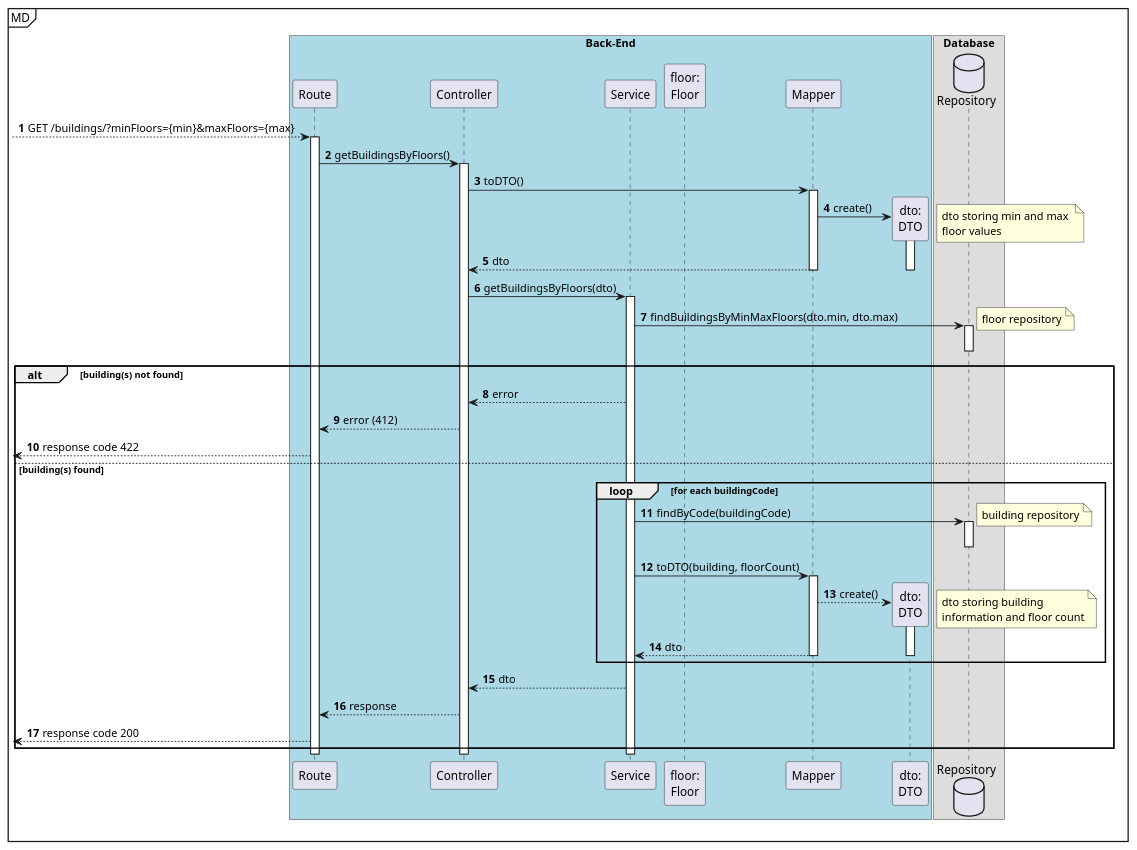
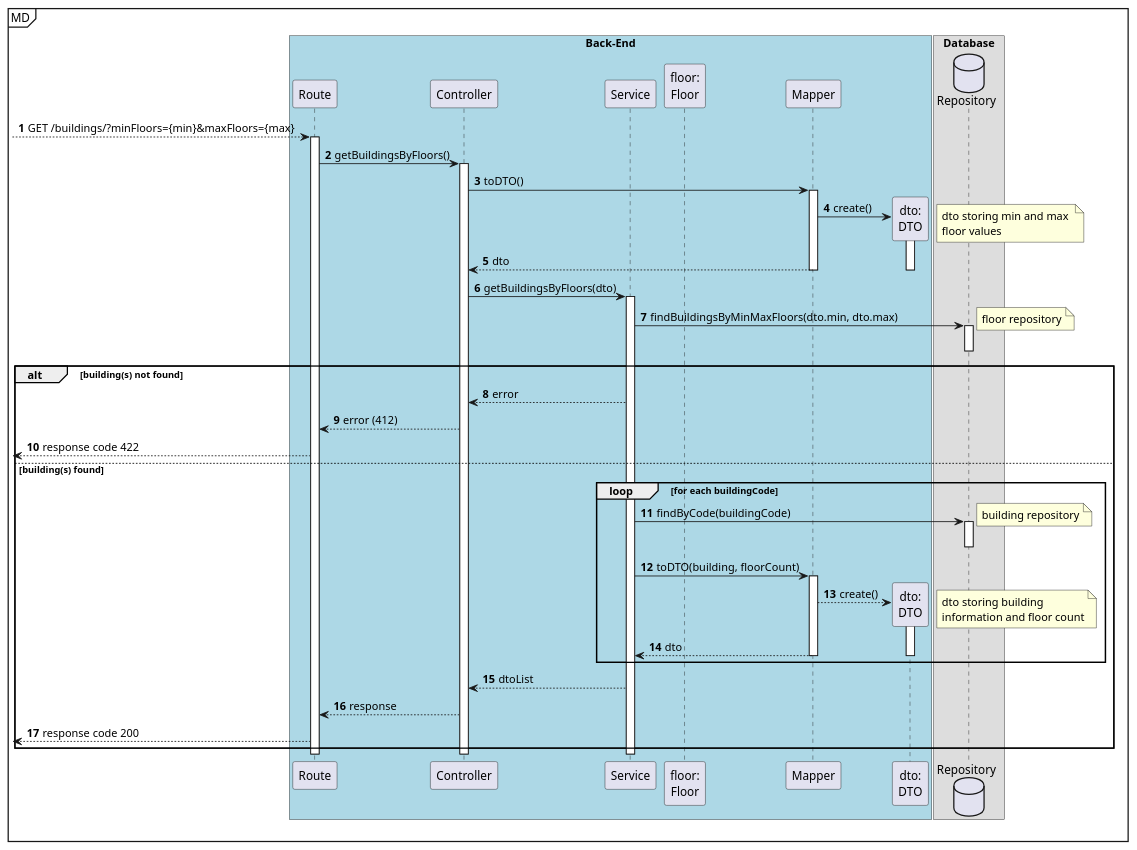
Before and after one commit to Departamento-de-Engenharia-Informatica/lapr5-23-24-g19: the diagram in docs/us180/level3/process-view.puml, drawn with PlantUML. The commit also changed 1 other file, not shown here.

Commit message:
docs(us180): changed dto to dtoList in process-view

```diff
--- a/docs/us180/level3/process-view.puml
+++ b/docs/us180/level3/process-view.puml
@@ -1,70 +1,70 @@
 @startuml
 autonumber
 
 mainframe MD
 box "Back-End" #LightBlue
 participant "Route" as r
 participant "Controller" as ctrl
 participant "Service" as svc
 
 participant "floor:\nFloor" as floor
 participant "Mapper" as map
 participant "dto:\nDTO" as dto
 end box
 
 box "Database"
 database "Repository" as repo
 end box
 
 [--> r: GET /buildings/?minFloors={min}&maxFloors={max}
     activate r
         r -> ctrl : getBuildingsByFloors()
         activate ctrl
             ctrl -> map : toDTO()
             activate map
                 map -> dto** : create()
                 note right : dto storing min and max \nfloor values
                 activate dto
                     map --> ctrl : dto
                 deactivate dto
             deactivate map
 
 
             ctrl -> svc : getBuildingsByFloors(dto)
             activate svc
                 svc -> repo : findBuildingsByMinMaxFloors(dto.min, dto.max)
                 activate repo
                     note right: floor repository
                 deactivate repo
 
                 alt building(s) not found
                     svc --> ctrl : error
                     ctrl --> r : error (412)
                     [<--r : response code 422
                 else building(s) found
 
                 loop for each buildingCode
                     svc -> repo : findByCode(buildingCode)
                     activate repo
                         note right : building repository
                     deactivate repo
 
                     svc -> map : toDTO(building, floorCount)
 
                     activate map
                         map --> dto** : create()
                         note right: dto storing building \ninformation and floor count
                         activate dto
                             map --> svc : dto
                         deactivate dto
                     deactivate map
                 end loop
-                    svc --> ctrl : dto
+                    svc --> ctrl : dtoList
                     ctrl --> r : response
                     [<-- r : response code 200
                 end
             deactivate svc
         deactivate ctrl
     deactivate r
 
 @enduml
```
